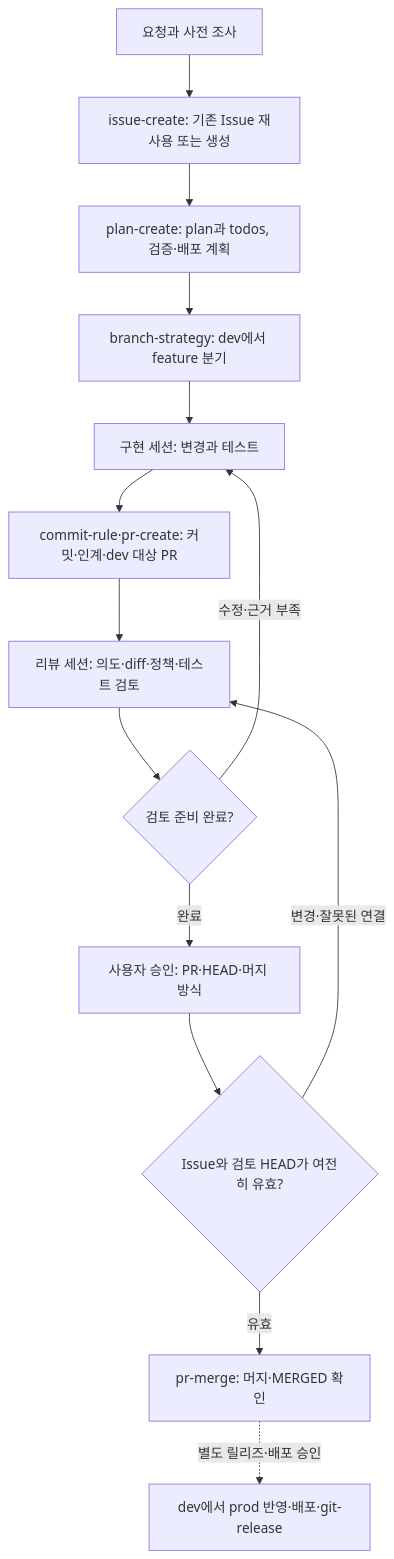
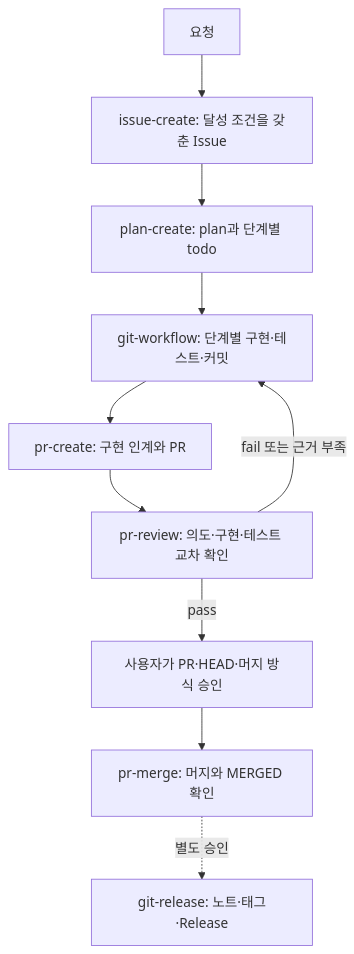
Before and after one commit to insung/git-workflow: the diagram in README.ko.md, drawn with Mermaid. The commit also changed other lines of this file and 2 other files, not shown here.

````diff
--- a/README.ko.md
+++ b/README.ko.md
@@ -41,16 +20,12 @@
 ```mermaid
 flowchart TD
-    A[요청과 사전 조사] --> B[issue-create: 기존 Issue 재사용 또는 생성]
-    B --> C[plan-create: plan과 todos, 검증·배포 계획]
-    C --> D[branch-strategy: dev에서 feature 분기]
-    D --> E[구현 세션: 변경과 테스트]
-    E --> F[commit-rule·pr-create: 커밋·인계·dev 대상 PR]
-    F --> G[리뷰 세션: 의도·diff·정책·테스트 검토]
-    G --> H{검토 준비 완료?}
-    H -->|수정·근거 부족| E
-    H -->|완료| I[사용자 승인: PR·HEAD·머지 방식]
-    I --> J{Issue와 검토 HEAD가 여전히 유효?}
-    J -->|변경·잘못된 연결| G
-    J -->|유효| K[pr-merge: 머지·MERGED 확인]
-    K -. 별도 릴리즈·배포 승인 .-> L[dev에서 prod 반영·배포·git-release]
+    A[요청] --> B[issue-create: 달성 조건을 갖춘 Issue]
+    B --> C[plan-create: plan과 단계별 todo]
+    C --> D[git-workflow: 단계별 구현·테스트·커밋]
+    D --> E[pr-create: 구현 인계와 PR]
+    E --> F[pr-review: 의도·구현·테스트 교차 확인]
+    F -->|fail 또는 근거 부족| D
+    F -->|pass| G[사용자가 PR·HEAD·머지 방식 승인]
+    G --> H[pr-merge: 머지와 MERGED 확인]
+    H -. 별도 승인 .-> I[git-release: 노트·태그·Release]
 ```
````
